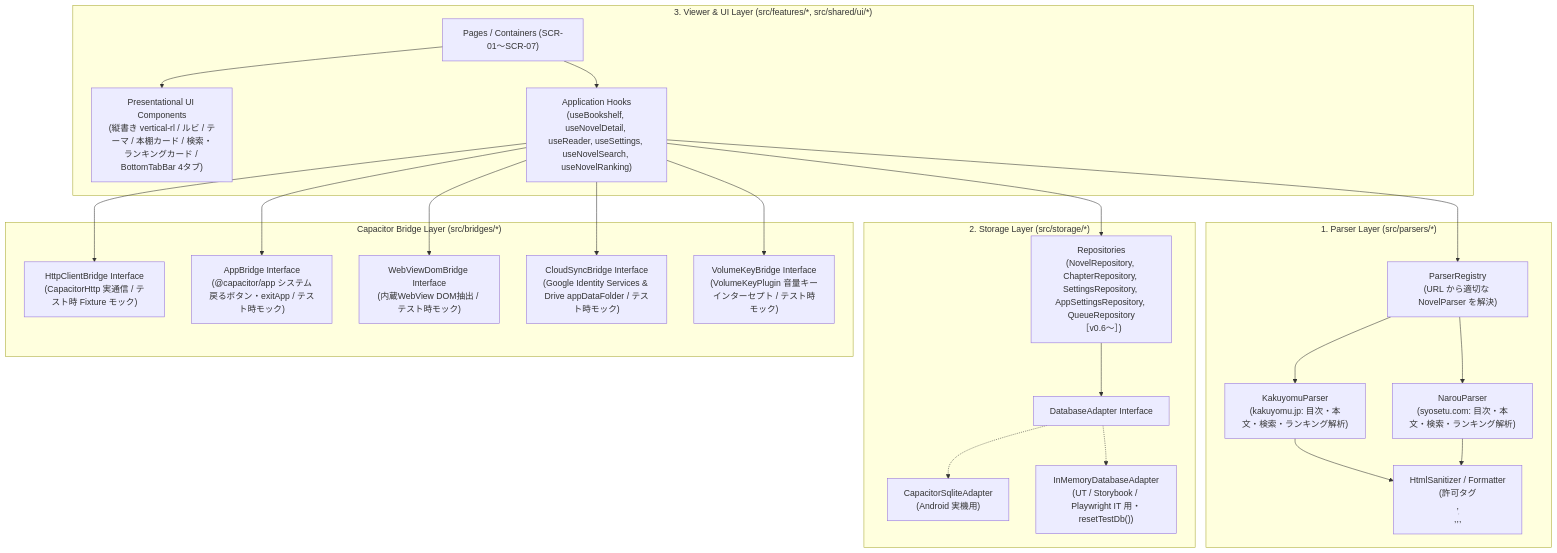
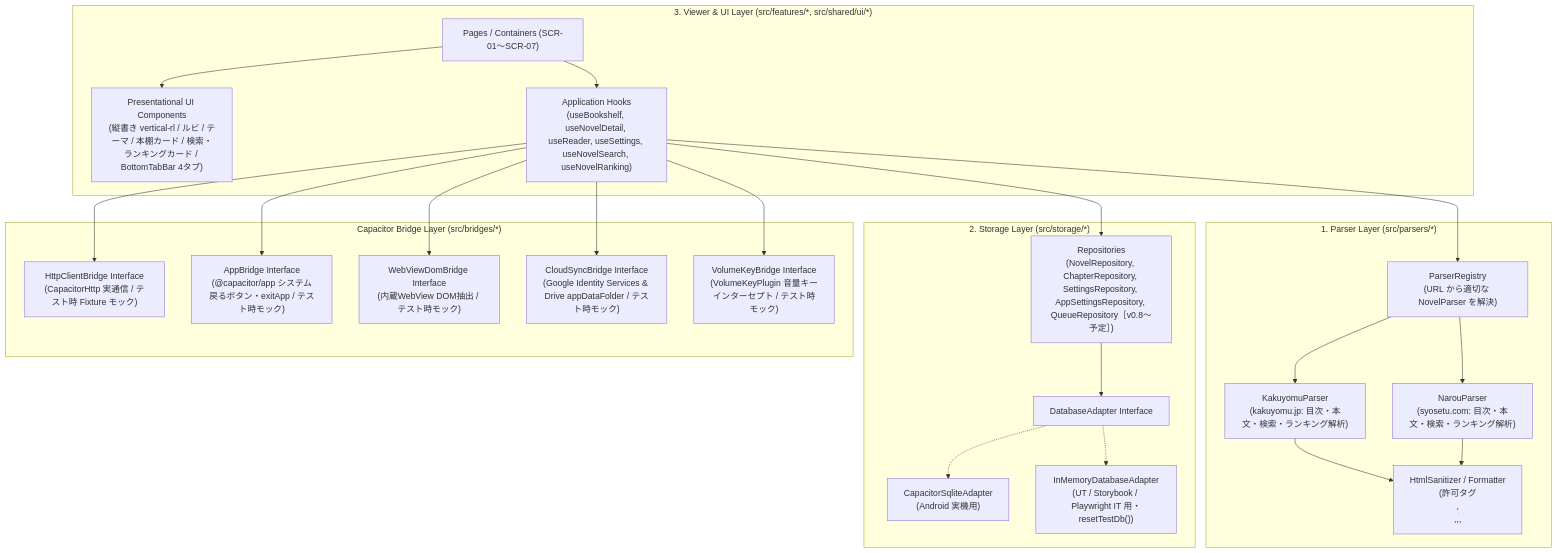
Before and after one commit to high-soar/Yommy: the diagram in docs/specs/architecture.md, drawn with Mermaid. The commit also changed other lines of this file and 33 other files, not shown here.

````diff
--- a/docs/specs/architecture.md
+++ b/docs/specs/architecture.md
@@ -115,47 +117,47 @@
 ```mermaid
 flowchart TB
     subgraph UILayer ["3. Viewer & UI Layer (src/features/*, src/shared/ui/*)"]
         Pages["Pages / Containers (SCR-01〜SCR-07)"]
         Components["Presentational UI Components<br>(縦書き vertical-rl / ルビ / テーマ / 本棚カード / 検索・ランキングカード / BottomTabBar 4タブ)"]
         Hooks["Application Hooks<br>(useBookshelf, useNovelDetail, useReader, useSettings, useNovelSearch, useNovelRanking)"]
         Pages --> Components
         Pages --> Hooks
     end
 
     subgraph ParserLayer ["1. Parser Layer (src/parsers/*)"]
         Registry["ParserRegistry<br>(URL から適切な NovelParser を解決)"]
         Kakuyomu["KakuyomuParser<br>(kakuyomu.jp: 目次・本文・検索・ランキング解析)"]
         Narou["NarouParser<br>(syosetu.com: 目次・本文・検索・ランキング解析)"]
         Sanitizer["HtmlSanitizer / Formatter<br>(許可タグ <p>,<br>,<ruby>,<rb>,<rt>,<rp>,<em> のみ保持)"]
         Registry --> Kakuyomu
         Registry --> Narou
         Kakuyomu --> Sanitizer
         Narou --> Sanitizer
     end
 
     subgraph StorageLayer ["2. Storage Layer (src/storage/*)"]
-        Repos["Repositories<br>(NovelRepository, ChapterRepository, SettingsRepository, AppSettingsRepository, QueueRepository［v0.6〜］)"]
+        Repos["Repositories<br>(NovelRepository, ChapterRepository, SettingsRepository, AppSettingsRepository, QueueRepository［v0.8〜予定］)"]
         DbAdapter["DatabaseAdapter Interface"]
         SqliteImpl["CapacitorSqliteAdapter<br>(Android 実機用)"]
         MemImpl["InMemoryDatabaseAdapter<br>(UT / Storybook / Playwright IT 用・resetTestDb())"]
         Repos --> DbAdapter
         DbAdapter -.-> SqliteImpl
         DbAdapter -.-> MemImpl
     end
 
     subgraph BridgeLayer ["Capacitor Bridge Layer (src/bridges/*)"]
         HttpBridge["HttpClientBridge Interface<br>(CapacitorHttp 実通信 / テスト時 Fixture モック)"]
         AppBridge["AppBridge Interface<br>(@capacitor/app システム戻るボタン・exitApp / テスト時モック)"]
         WebViewBridge["WebViewDomBridge Interface<br>(内蔵WebView DOM抽出 / テスト時モック)"]
         CloudSyncBridge["CloudSyncBridge Interface<br>(Google Identity Services & Drive appDataFolder / テスト時モック)"]
         VolumeKeyBridge["VolumeKeyBridge Interface<br>(VolumeKeyPlugin 音量キーインターセプト / テスト時モック)"]
     end
 
     Hooks --> Registry
     Hooks --> Repos
     Hooks --> HttpBridge
     Hooks --> AppBridge
     Hooks --> WebViewBridge
     Hooks --> CloudSyncBridge
     Hooks --> VolumeKeyBridge
 ```
````
